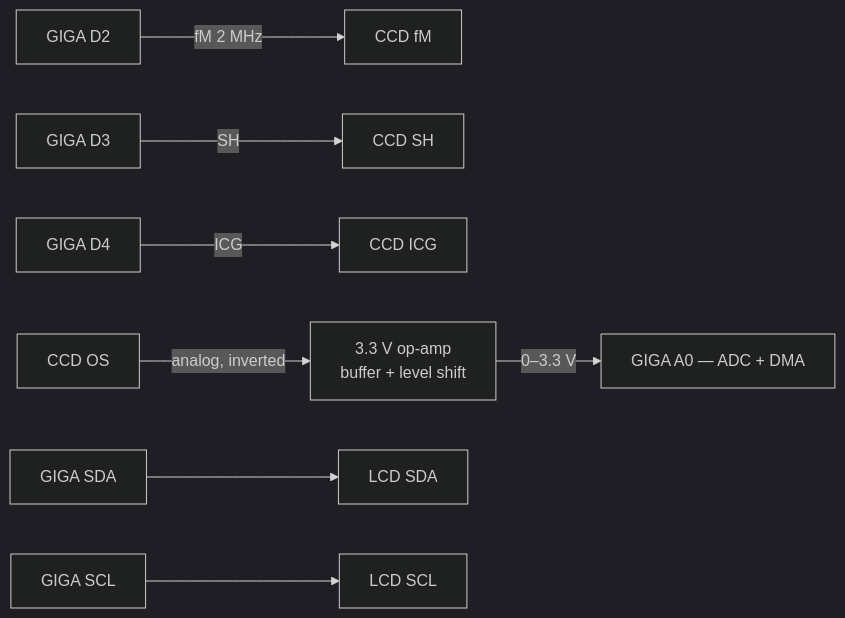
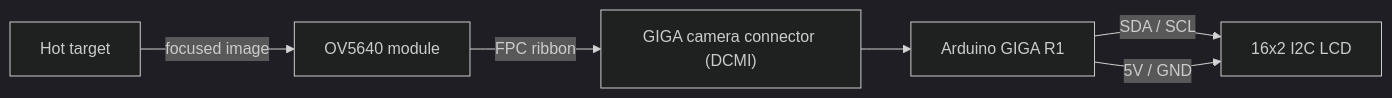
Before and after one commit to denispendrick/TempCCD: the first of 2 diagrams in docs/design.md, drawn with Mermaid (dark theme). The commit also changed other lines of this file and 1 other file, not shown here.

Commit message:
docs(design): rewrite the design guide and README around the OV5640 camera

````diff
--- a/docs/design.md
+++ b/docs/design.md
@@ -88,10 +77,8 @@
 ```mermaid
 graph LR
-    D2["GIGA D2"] -->|"fM 2 MHz"| FM["CCD fM"]
-    D3["GIGA D3"] -->|"SH"| SH["CCD SH"]
-    D4["GIGA D4"] -->|"ICG"| ICG["CCD ICG"]
-    OSp["CCD OS"] -->|"analog, inverted"| AFE["3.3 V op-amp<br/>buffer + level shift"]
-    AFE -->|"0–3.3 V"| A0["GIGA A0 — ADC + DMA"]
-    SDA["GIGA SDA"] --> LSDA["LCD SDA"]
-    SCL["GIGA SCL"] --> LSCL["LCD SCL"]
+    T["Hot target"] -->|"focused image"| OV["OV5640 module"]
+    OV -->|"FPC ribbon"| CC["GIGA camera connector (DCMI)"]
+    CC --> GIGA["Arduino GIGA R1"]
+    GIGA -->|"SDA / SCL"| LCD["16x2 I2C LCD"]
+    GIGA -->|"5V / GND"| LCD
 ```
````
